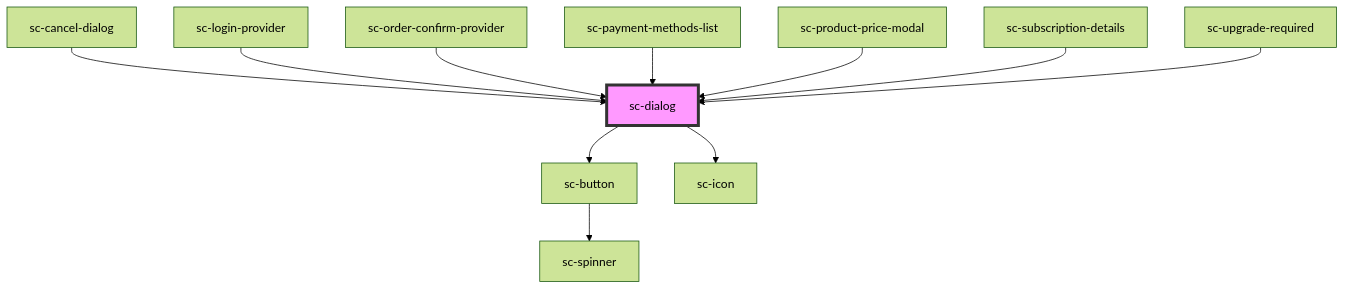
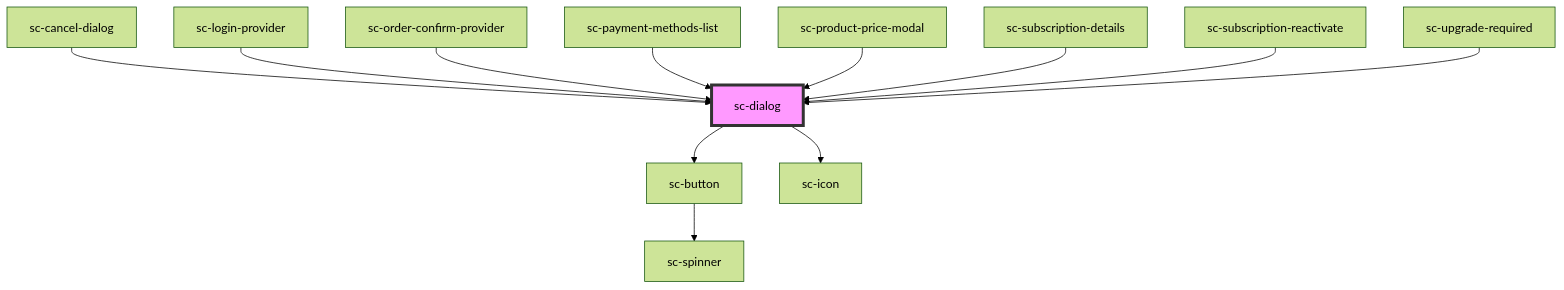
The diagram in packages/components/src/components/ui/sc-dialog/readme.md (surecart/surecart-wp-plugin), drawn with Mermaid (forest theme) before and after one commit. The commit also changed other lines of this file and 23 other files, not shown here.

Commit message:
Add a way to reactivate a cancelled subscription from the customer side.

````diff
--- a/packages/components/src/components/ui/sc-dialog/readme.md
+++ b/packages/components/src/components/ui/sc-dialog/readme.md
@@ -61,14 +62,15 @@
 ```mermaid
 graph TD;
   sc-dialog --> sc-button
   sc-dialog --> sc-icon
   sc-button --> sc-spinner
   sc-cancel-dialog --> sc-dialog
   sc-login-provider --> sc-dialog
   sc-order-confirm-provider --> sc-dialog
   sc-payment-methods-list --> sc-dialog
   sc-product-price-modal --> sc-dialog
   sc-subscription-details --> sc-dialog
+  sc-subscription-reactivate --> sc-dialog
   sc-upgrade-required --> sc-dialog
   style sc-dialog fill:#f9f,stroke:#333,stroke-width:4px
 ```
````
